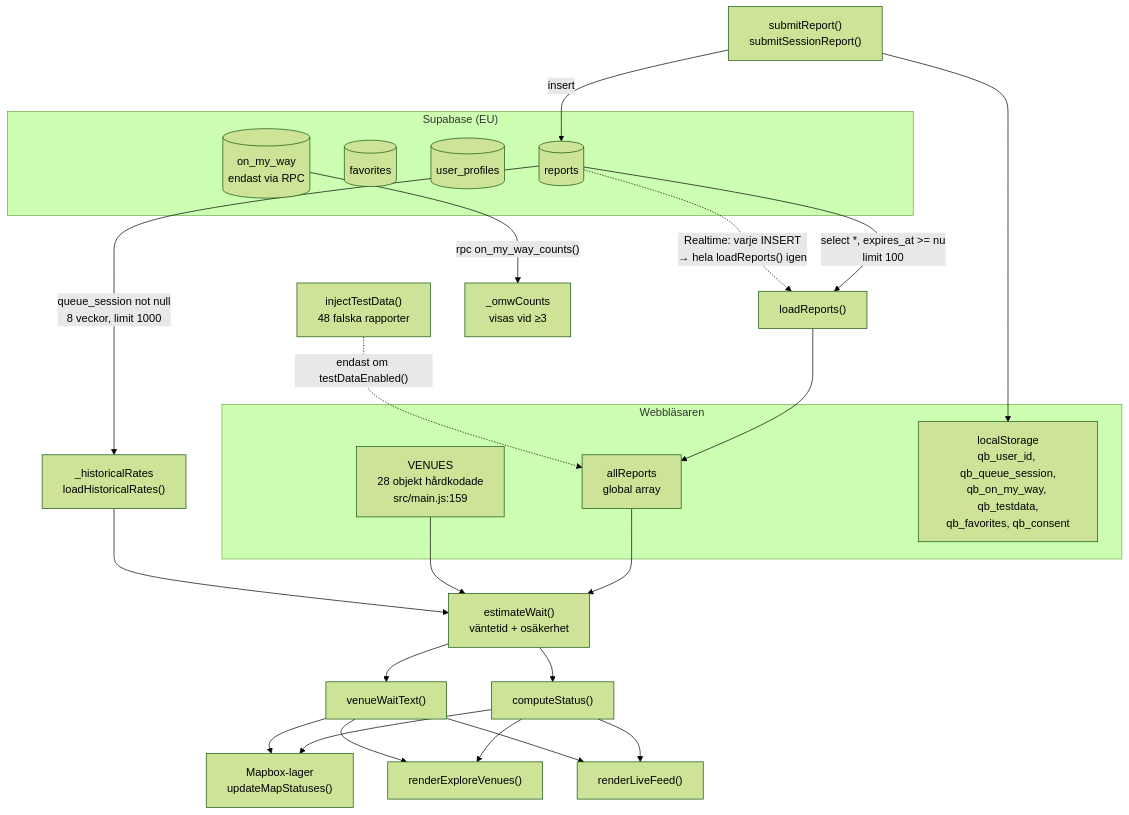
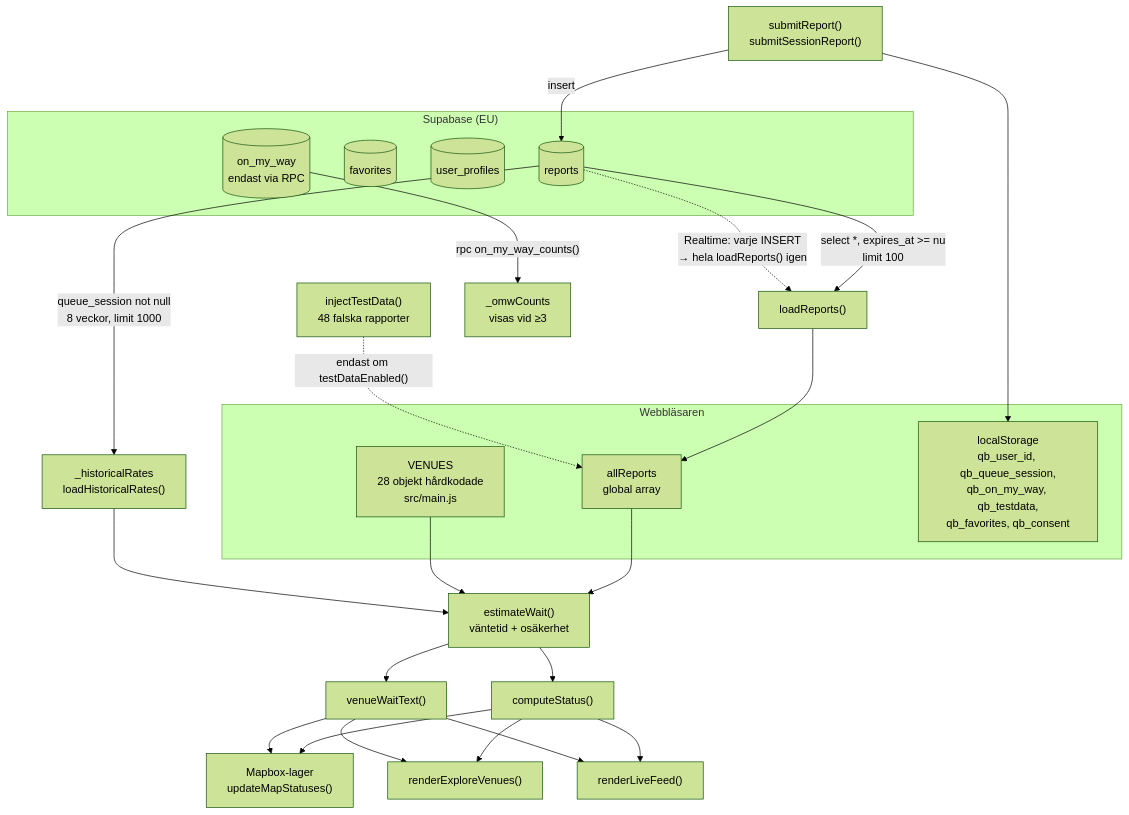
The diagram in docs/ARCHITECTURE.md (faisuseng3-dotcom/Anchor), drawn with Mermaid (forest theme) before and after one commit. The commit also changed other lines of this file and 4 other files, not shown here.

````diff
--- a/docs/ARCHITECTURE.md
+++ b/docs/ARCHITECTURE.md
@@ -104,39 +104,39 @@
 ```mermaid
 flowchart TD
     subgraph Klient["Webbläsaren"]
-        VENUES["VENUES<br/>28 objekt hårdkodade<br/>src/main.js:159"]
+        VENUES["VENUES<br/>28 objekt hårdkodade<br/>src/main.js"]
         AR["allReports<br/>global array"]
         LS["localStorage<br/>qb_user_id, qb_queue_session,<br/>qb_on_my_way, qb_testdata,<br/>qb_favorites, qb_consent"]
     end
 
     subgraph DB["Supabase (EU)"]
         REPORTS[("reports")]
         FAV[("favorites")]
         PROF[("user_profiles")]
         OMW[("on_my_way<br/>endast via RPC")]
     end
 
     REPORTS -->|"select *, expires_at >= nu<br/>limit 100"| LR["loadReports()"]
     LR --> AR
     TD["injectTestData()<br/>48 falska rapporter"] -.->|"endast om testDataEnabled()"| AR
 
     AR --> EW["estimateWait()<br/>väntetid + osäkerhet"]
     VENUES --> EW
     HR["_historicalRates<br/>loadHistoricalRates()"] --> EW
     REPORTS -->|"queue_session not null<br/>8 veckor, limit 1000"| HR
 
     EW --> CS["computeStatus()"]
     EW --> VWT["venueWaitText()"]
 
     CS --> MAP["Mapbox-lager<br/>updateMapStatuses()"]
     VWT --> MAP
     CS --> EXP["renderExploreVenues()"]
     VWT --> EXP
     CS --> LIVE["renderLiveFeed()"]
     VWT --> LIVE
 
     RPT["submitReport()<br/>submitSessionReport()"] -->|insert| REPORTS
     RPT --> LS
     REPORTS -.->|"Realtime: varje INSERT<br/>→ hela loadReports() igen"| LR
     OMW -->|"rpc on_my_way_counts()"| OMWC["_omwCounts<br/>visas vid ≥3"]
 ```
````
